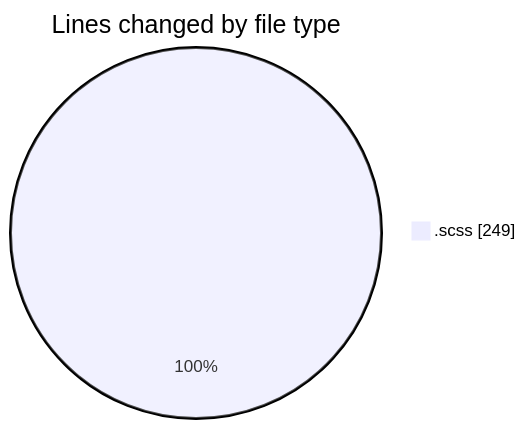
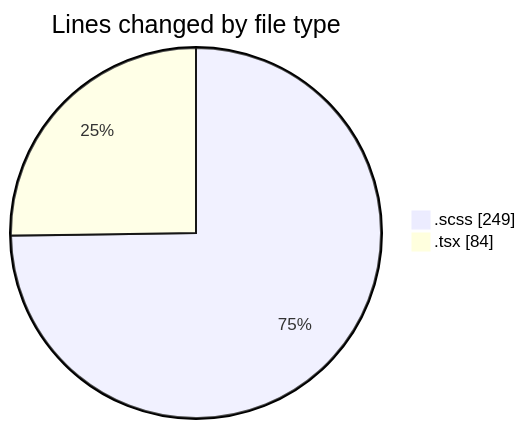
One commit to momahboobian/code-tracking changed the first of 2 diagrams in 2025-09-26/cda/README.md. Above: the diagram before and after it, drawn with Mermaid. The commit also changed other lines of this file and 1 other file, not shown here.

````diff
--- a/2025-09-26/cda/README.md
+++ b/2025-09-26/cda/README.md
@@ -20,5 +21,6 @@
 ```mermaid
 pie showData
 title Lines changed by file type
 ".scss" : 249
+".tsx" : 84
 ```
````
